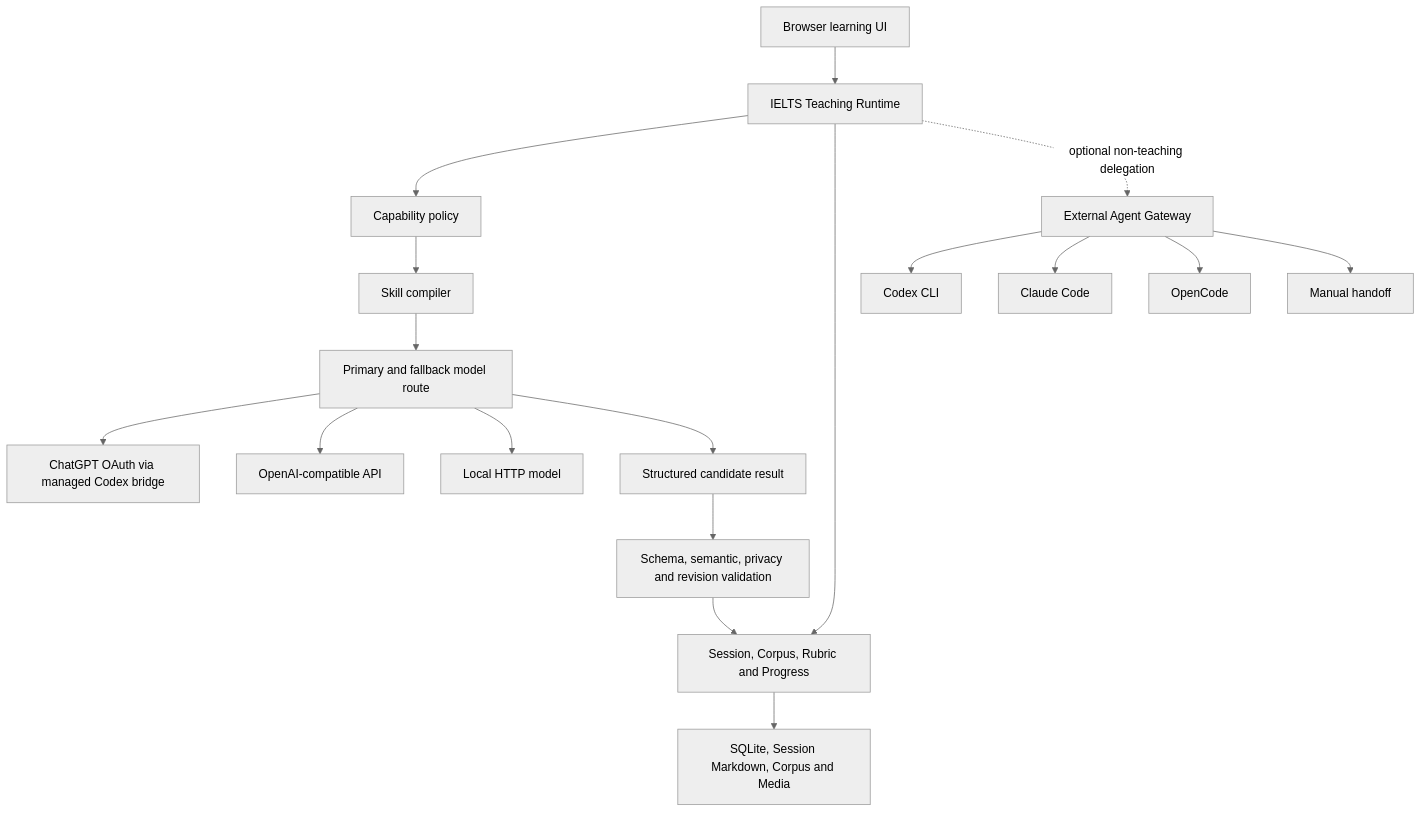
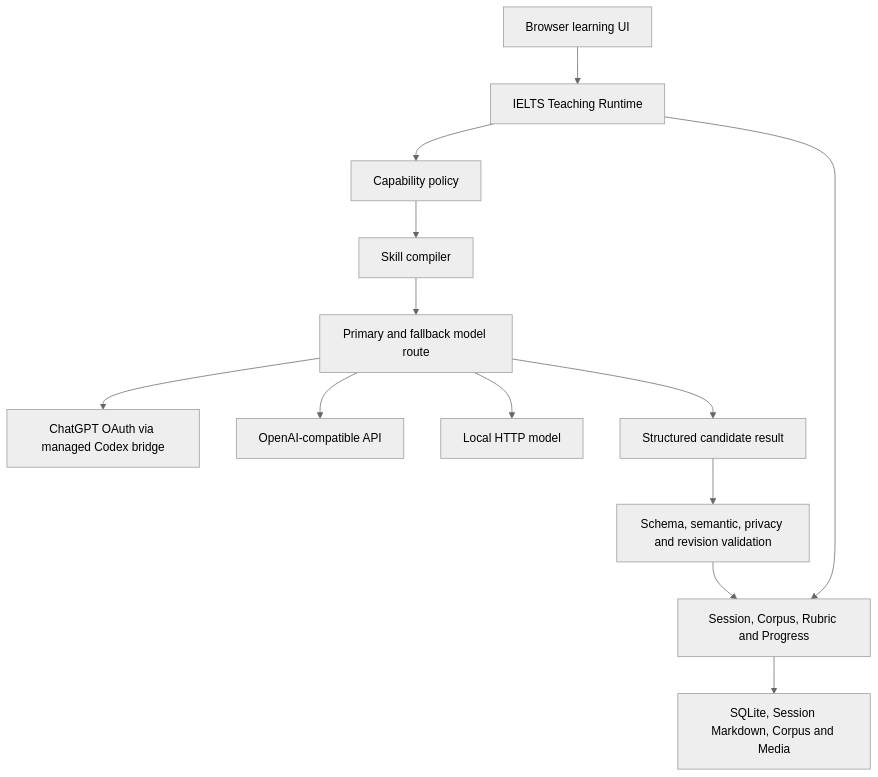
Before and after one commit to QCYTSN/yanxi-english-learning-agent: the diagram in docs/ARCHITECTURE_V2.md, drawn with Mermaid (neutral theme). The commit also changed other lines of this file and 18 other files, not shown here.

````diff
--- a/docs/ARCHITECTURE_V2.md
+++ b/docs/ARCHITECTURE_V2.md
@@ -12,24 +12,19 @@
 ```mermaid
 flowchart TD
     UI["Browser learning UI"] --> RT["IELTS Teaching Runtime"]
     RT --> CAP["Capability policy"]
     CAP --> SC["Skill compiler"]
     SC --> ROUTE["Primary and fallback model route"]
 
     ROUTE --> OAUTH["ChatGPT OAuth via managed Codex bridge"]
     ROUTE --> API["OpenAI-compatible API"]
     ROUTE --> LOCAL["Local HTTP model"]
 
     RT --> CORE["Session, Corpus, Rubric and Progress"]
     CORE --> DATA["SQLite, Session Markdown, Corpus and Media"]
 
     ROUTE --> RESULT["Structured candidate result"]
     RESULT --> CHECK["Schema, semantic, privacy and revision validation"]
     CHECK --> CORE
 
-    RT -. "optional non-teaching delegation" .-> EXT["External Agent Gateway"]
-    EXT --> CODEX["Codex CLI"]
-    EXT --> CLAUDE["Claude Code"]
-    EXT --> OPENCODE["OpenCode"]
-    EXT --> MANUAL["Manual handoff"]
 ```
````
